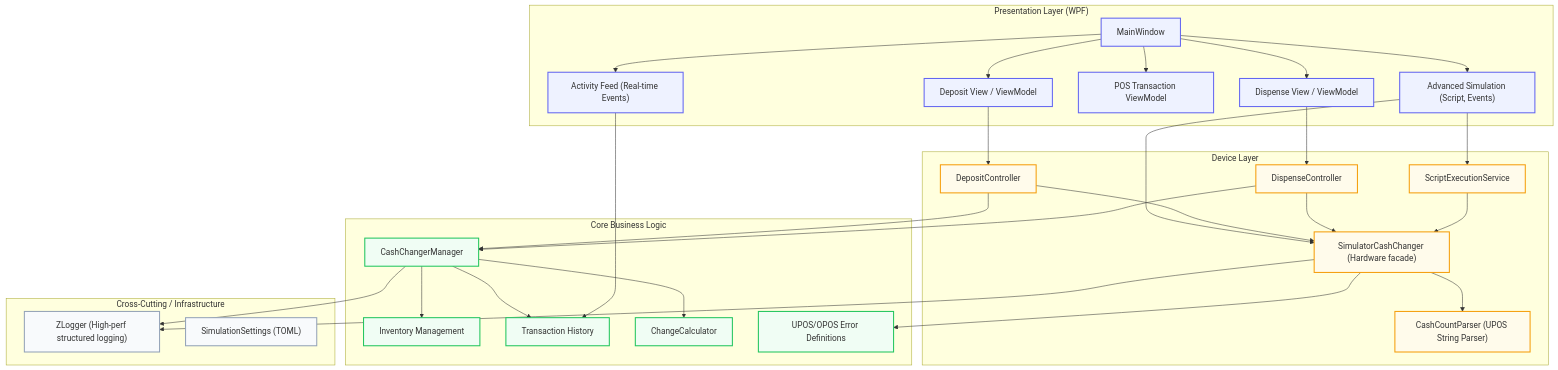
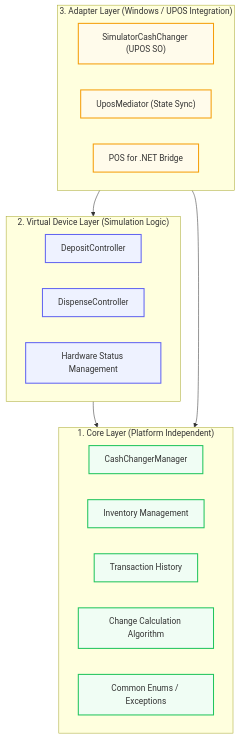
The diagram in docs/Architecture.md (w-red/CashChangerSimulator.Core), drawn with Mermaid before and after one commit. The commit also changed other lines of this file and 3 other files, not shown here.

First line of the commit message:
docs: update Architecture and README for reliability improvements

````diff
--- a/docs/Architecture.md
+++ b/docs/Architecture.md
@@ -9,77 +9,38 @@
 ```mermaid
 graph TD
     %% Define Styles
-    classDef uiLayer fill:#eef2ff,stroke:#6366f1,stroke-width:2px;
     classDef coreLayer fill:#f0fdf4,stroke:#22c55e,stroke-width:2px;
-    classDef deviceLayer fill:#fffbeb,stroke:#f59e0b,stroke-width:2px;
-    classDef infraLayer fill:#f8fafc,stroke:#94a3b8,stroke-width:2px;
+    classDef virtualLayer fill:#eef2ff,stroke:#6366f1,stroke-width:2px;
+    classDef adapterLayer fill:#fffbeb,stroke:#f59e0b,stroke-width:2px;
     
-    %% UI Layer
-    subgraph UI ["Presentation Layer (WPF)"]
-        MainWindow["MainWindow"]
-        DepositView["Deposit View / ViewModel"]
-        DispenseView["Dispense View / ViewModel"]
-        PosView["POS Transaction ViewModel"]
-        AdvancedSim["Advanced Simulation (Script, Events)"]
-        ActivityFeed["Activity Feed (Real-time Events)"]
-    end
-    class MainWindow,DepositView,DispenseView,PosView,AdvancedSim,ActivityFeed uiLayer
-
-    %% Device/Service Layer
-    subgraph Device ["Device Layer"]
-        DepositController["DepositController"]
-        DispenseController["DispenseController"]
-        SimCashChanger["SimulatorCashChanger (Hardware facade)"]
-        CashCountParser["CashCountParser (UPOS String Parser)"]
-        ScriptService["ScriptExecutionService"]
-    end
-    class DepositController,DispenseController,SimCashChanger,CashCountParser,ScriptService deviceLayer
-
-    %% Core Layer
-    subgraph Core ["Core Business Logic"]
+    %% Core Layer (CashChangerSimulator.Core)
+    subgraph Core ["1. Core Layer (Platform Independent)"]
         Manager["CashChangerManager"]
         Inventory["Inventory Management"]
         History["Transaction History"]
-        Calc["ChangeCalculator"]
-        OposCode["UPOS/OPOS Error Definitions"]
+        Calc["Change Calculation Algorithm"]
+        DeviceEnums["Common Enums / Exceptions"]
     end
-    class Manager,Inventory,History,Calc,OposCode coreLayer
+    class Manager,Inventory,History,Calc,DeviceEnums coreLayer
 
-    %% Infrastructure
-    subgraph Infrastructure ["Cross-Cutting / Infrastructure"]
-        Logger["ZLogger (High-perf structured logging)"]
-        Config["SimulationSettings (TOML)"]
+    %% Virtual Device Layer (Device.Virtual)
+    subgraph Virtual ["2. Virtual Device Layer (Simulation Logic)"]
+        DepositController["DepositController"]
+        DispenseController["DispenseController"]
+        HardwareStatus["Hardware Status Management"]
     end
-    class Logger,Config infraLayer
+    class DepositController,DispenseController,HardwareStatus virtualLayer
+
+    %% Adapter Layer (Device.PosForDotNet)
+    subgraph Adapter ["3. Adapter Layer (Windows / UPOS Integration)"]
+        SO["SimulatorCashChanger (UPOS SO)"]
+        Mediator["UposMediator (State Sync)"]
+        PosAdapter["POS for .NET Bridge"]
+    end
+    class SO,Mediator,PosAdapter adapterLayer
 
     %% Relationships
-    MainWindow --> DepositView
-    MainWindow --> DispenseView
-    MainWindow --> PosView
-    MainWindow --> AdvancedSim
-    MainWindow --> ActivityFeed
-
-    DepositView --> DepositController
-    DispenseView --> DispenseController
-    AdvancedSim --> ScriptService
-    AdvancedSim --> SimCashChanger
-
-    DepositController --> Manager
-    DepositController --> SimCashChanger
-    
-    DispenseController --> Manager
-    DispenseController --> SimCashChanger
-    
-    ScriptService --> SimCashChanger
-    
-    SimCashChanger --> CashCountParser
-    SimCashChanger --> OposCode
-    
-    Manager --> Inventory
-    Manager --> Calc
-    Manager --> History
-    
-    SimCashChanger --> Logger
-    Manager --> Logger
-    ActivityFeed --> History
+    Virtual --> Core
+    Adapter --> Virtual
+    Adapter --> Core
 ```
````
